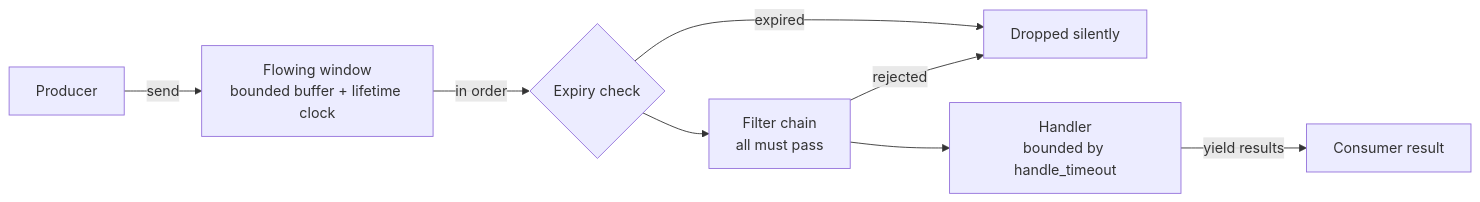
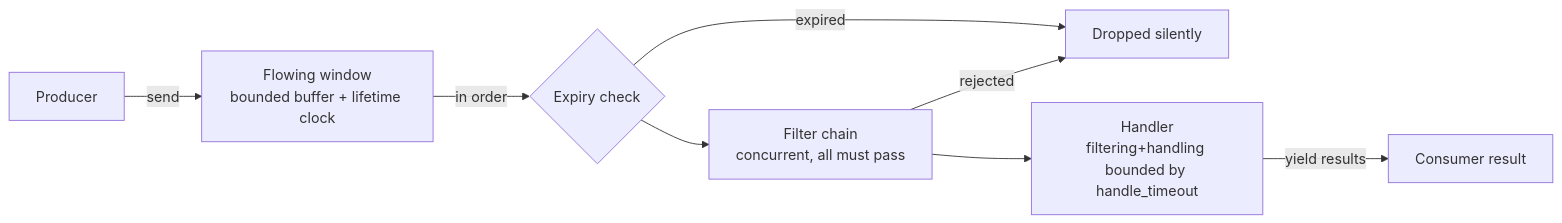
One commit to Ahsen17/bitongue changed the diagram in README_en.md. Above: the diagram before and after it, drawn with Mermaid. The commit also changed other lines of this file and 13 other files, not shown here.

````diff
--- a/README_en.md
+++ b/README_en.md
@@ -120,10 +132,10 @@
 ```mermaid
 flowchart LR
     P[Producer] -->|send| W[Flowing window<br>bounded buffer + lifetime clock]
     W -->|in order| D{Expiry check}
     D -->|expired| X[Dropped silently]
-    D --> F[Filter chain<br>all must pass]
+    D --> F[Filter chain<br>concurrent, all must pass]
     F -->|rejected| X
-    F --> H[Handler<br>bounded by handle_timeout]
+    F --> H[Handler<br>filtering+handling bounded by handle_timeout]
     H -->|yield results| C[Consumer result]
 ```
````
